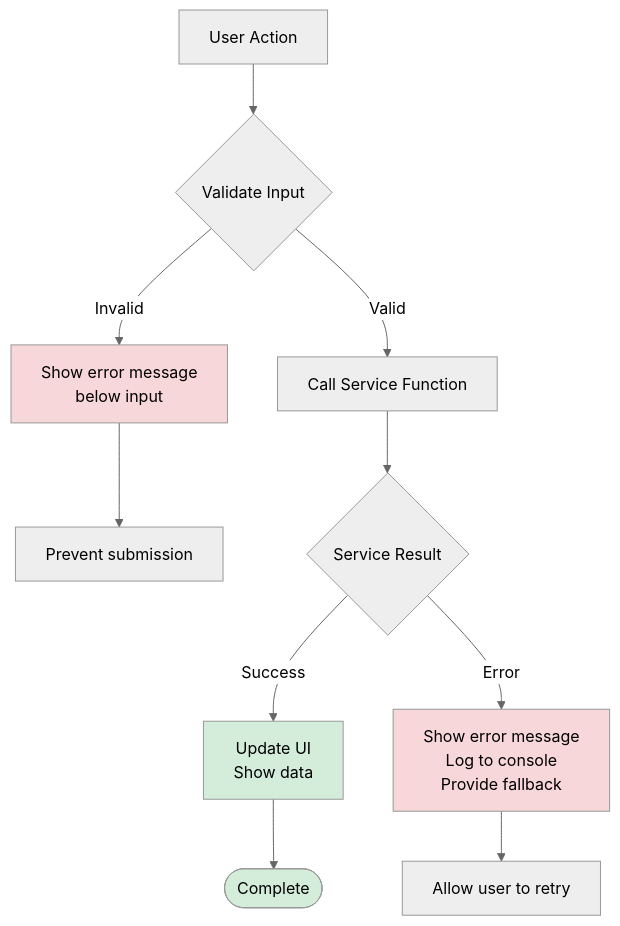
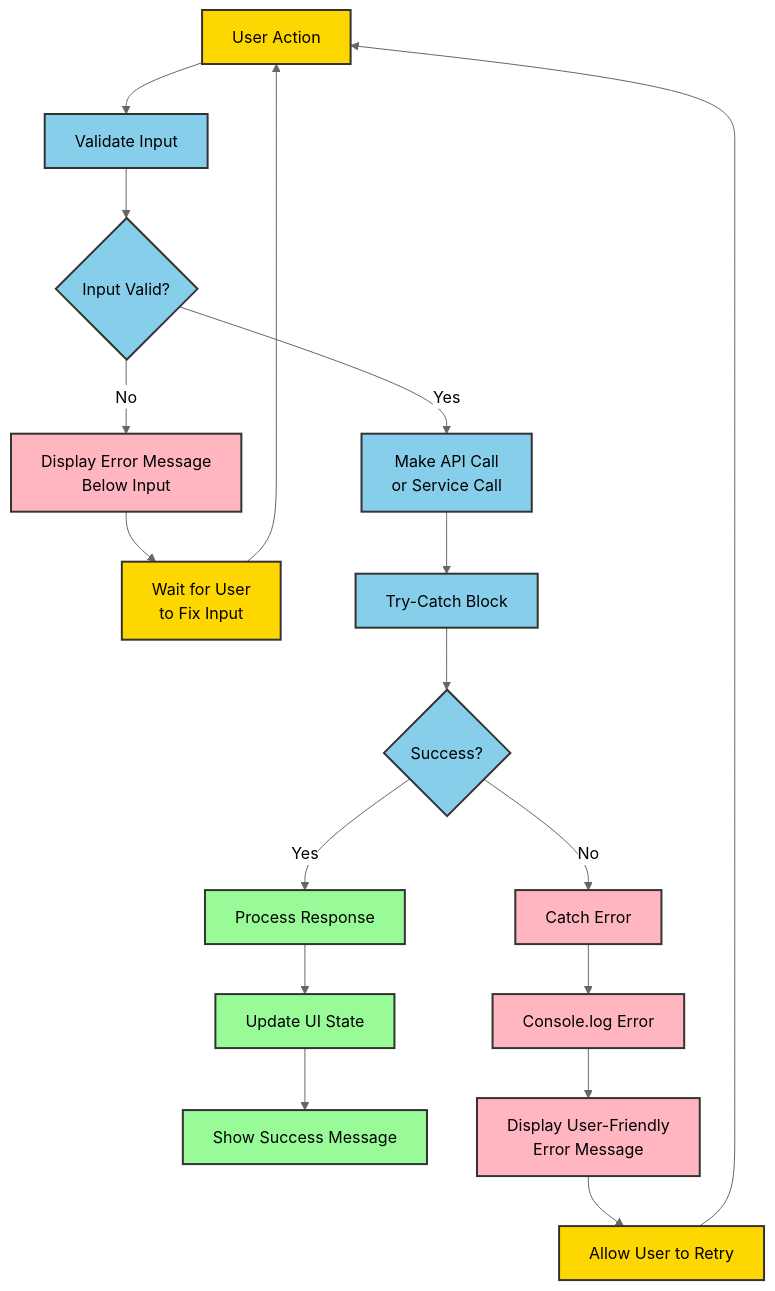
Before and after one commit to Roopesht/codeexamples: the eighth of 8 diagrams in projects/wellness_guide/architecture.md, drawn with Mermaid (neutral theme). The commit also changed other lines of this file, not shown here.

````diff
--- a/projects/wellness_guide/architecture.md
+++ b/projects/wellness_guide/architecture.md
@@ -213,21 +218,33 @@
 ```mermaid
-flowchart TD
-    UserAction[User Action] --> Validate{Validate Input}
+graph TD
+    UserAction["User Action"] --> ValidateInput["Validate Input"]
+    ValidateInput --> InputValid{"Input Valid?"}
     
-    Validate -->|Invalid| ShowError[Show error message<br/>below input]
-    ShowError --> Prevent[Prevent submission]
+    InputValid -->|No| ShowError["Display Error Message<br/>Below Input"]
+    ShowError --> WaitFix["Wait for User<br/>to Fix Input"]
+    WaitFix --> UserAction
     
-    Validate -->|Valid| CallService[Call Service Function]
-    CallService --> ServiceResult{Service Result}
+    InputValid -->|Yes| APICall["Make API Call<br/>or Service Call"]
+    APICall --> TryCatch["Try-Catch Block"]
     
-    ServiceResult -->|Success| UpdateUI[Update UI<br/>Show data]
-    ServiceResult -->|Error| HandleError[Show error message<br/>Log to console<br/>Provide fallback]
+    TryCatch --> Success{"Success?"}
+    Success -->|Yes| ProcessData["Process Response"]
+    ProcessData --> UpdateUI["Update UI State"]
+    UpdateUI --> ShowSuccess["Show Success Message"]
     
-    UpdateUI --> Done([Complete])
-    HandleError --> AllowRetry[Allow user to retry]
+    Success -->|No| CatchError["Catch Error"]
+    CatchError --> LogError["Console.log Error"]
+    LogError --> ShowAPIError["Display User-Friendly<br/>Error Message"]
+    ShowAPIError --> AllowRetry["Allow User to Retry"]
+    AllowRetry --> UserAction
     
-    style ShowError fill:#f8d7da
-    style HandleError fill:#f8d7da
-    style UpdateUI fill:#d4edda
-    style Done fill:#d4edda
+    classDef userStyle fill:#FFD700,stroke:#333,stroke-width:2px
+    classDef validateStyle fill:#87CEEB,stroke:#333,stroke-width:2px
+    classDef successStyle fill:#98FB98,stroke:#333,stroke-width:2px
+    classDef errorStyle fill:#FFB6C1,stroke:#333,stroke-width:2px
+    
+    class UserAction,WaitFix,AllowRetry userStyle
+    class ValidateInput,InputValid,APICall,TryCatch,Success validateStyle
+    class ProcessData,UpdateUI,ShowSuccess successStyle
+    class ShowError,CatchError,LogError,ShowAPIError errorStyle
 ```
````
